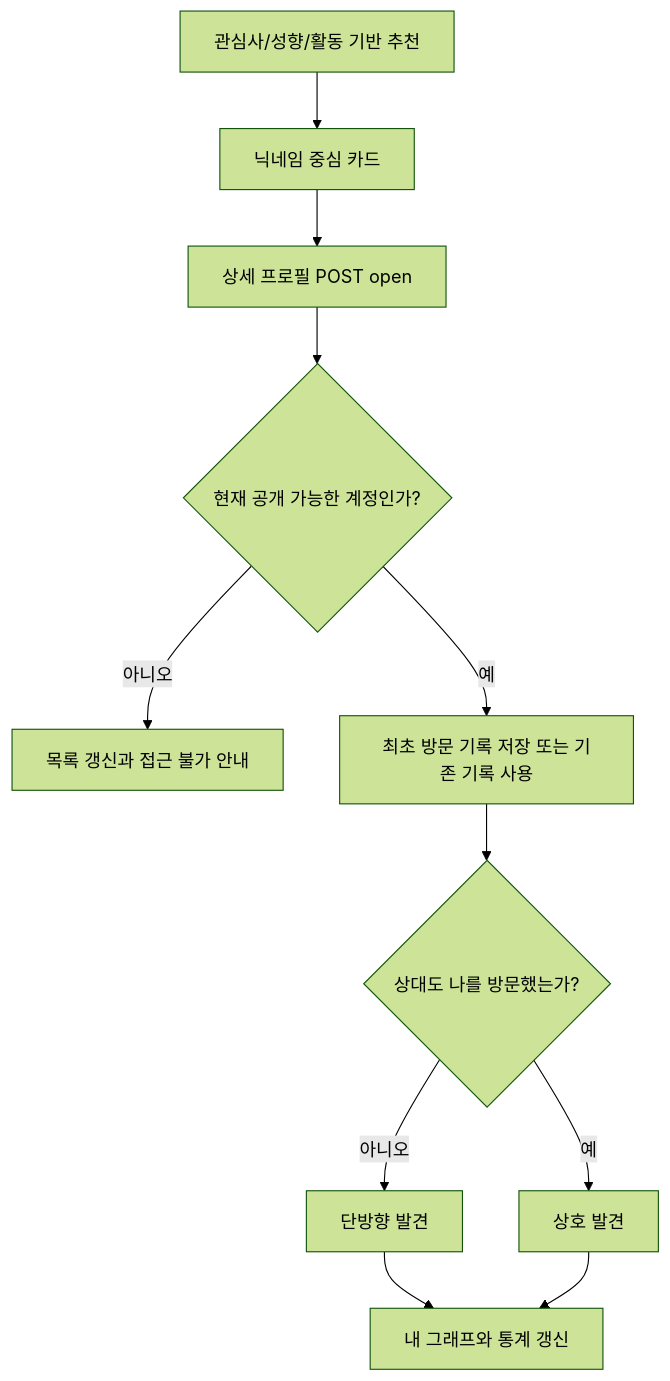
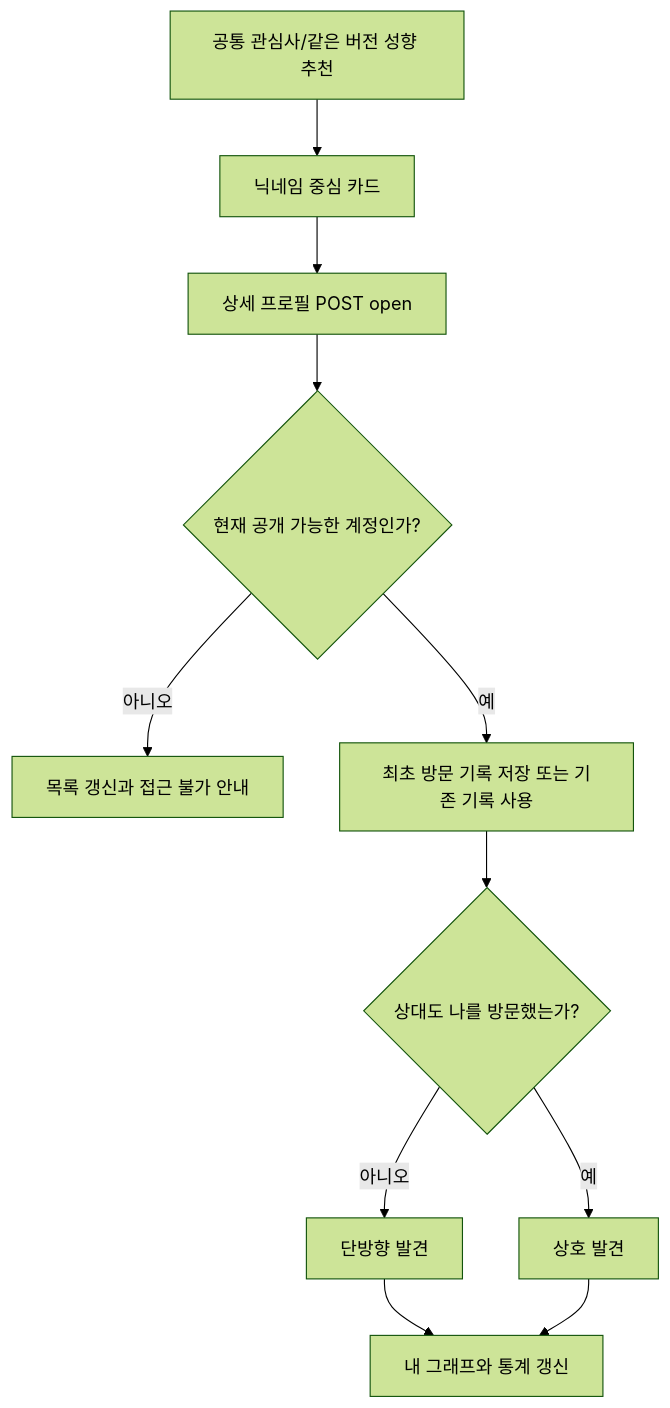
Before and after one commit to anonymity-developer/connection_16: the ninth of 10 diagrams in docs/user-flows.md, drawn with Mermaid (forest theme). The commit also changed other lines of this file and 22 other files, not shown here.

````diff
--- a/docs/user-flows.md
+++ b/docs/user-flows.md
@@ -217,13 +217,13 @@
 ```mermaid
 flowchart TD
-    Browse["관심사/성향/활동 기반 추천"] --> Card["닉네임 중심 카드"]
+    Browse["공통 관심사/같은 버전 성향 추천"] --> Card["닉네임 중심 카드"]
     Card --> Open["상세 프로필 POST open"]
     Open --> Visible{"현재 공개 가능한 계정인가?"}
     Visible -->|아니오| Hide["목록 갱신과 접근 불가 안내"]
     Visible -->|예| First["최초 방문 기록 저장 또는 기존 기록 사용"]
     First --> Reverse{"상대도 나를 방문했는가?"}
     Reverse -->|아니오| OneWay["단방향 발견"]
     Reverse -->|예| Mutual["상호 발견"]
     OneWay --> Graph["내 그래프와 통계 갱신"]
     Mutual --> Graph
 ```
````
